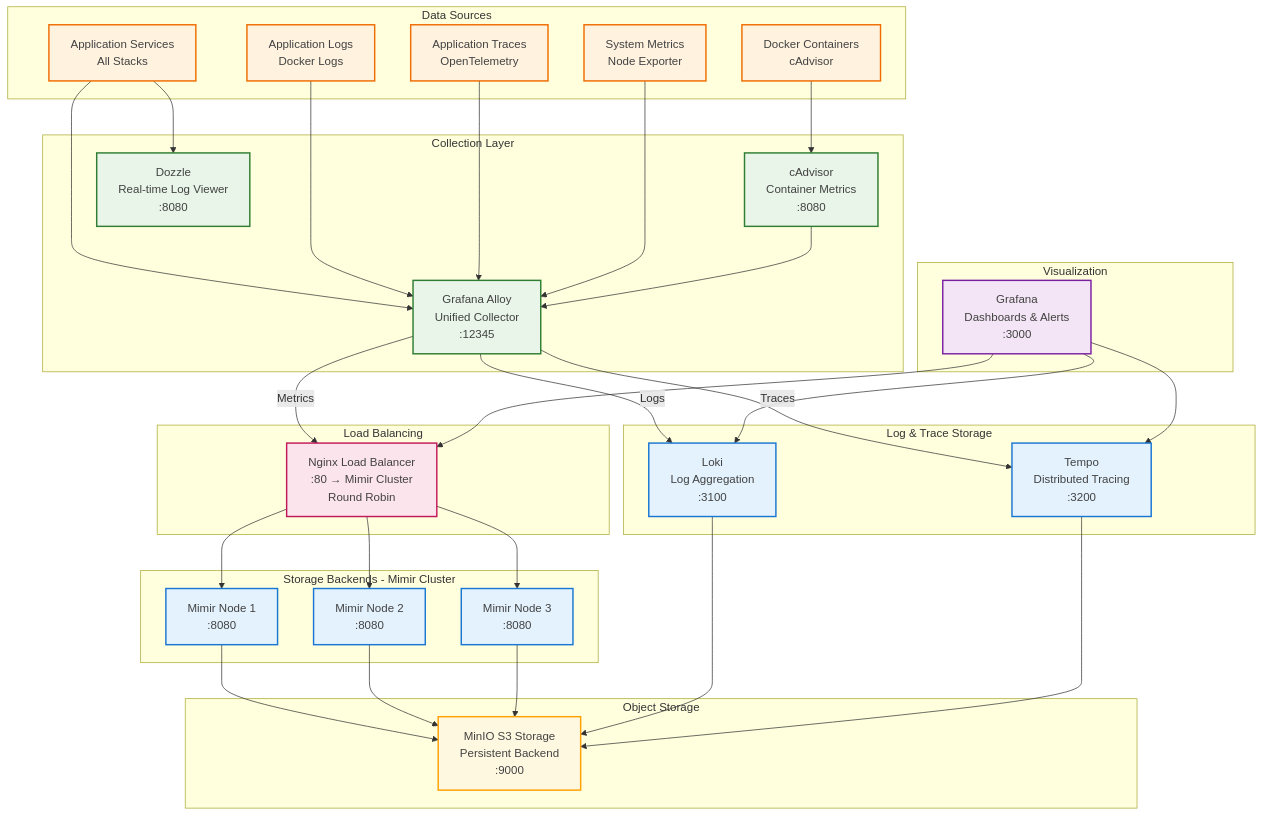
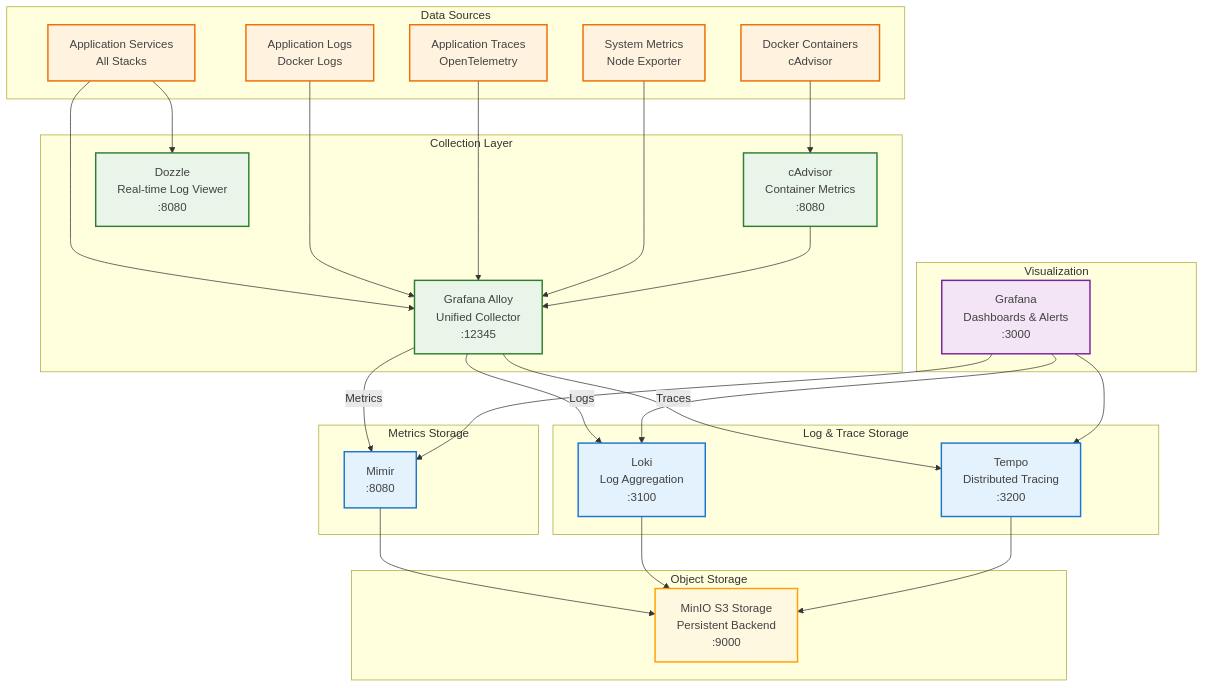
The diagram in docs/stacks/monitoring.md (mkm29/registry), drawn with Mermaid before and after one commit. The commit also changed other lines of this file and 98 other files, not shown here.

````diff
--- a/docs/stacks/monitoring.md
+++ b/docs/stacks/monitoring.md
@@ -5,79 +5,65 @@
 ```mermaid
 graph TB
     subgraph "Data Sources"
         Apps[Application Services<br/>All Stacks]
         Containers[Docker Containers<br/>cAdvisor]
         Logs[Application Logs<br/>Docker Logs]
         Traces[Application Traces<br/>OpenTelemetry]
         Metrics[System Metrics<br/>Node Exporter]
     end
 
     subgraph "Collection Layer"
         Alloy[Grafana Alloy<br/>Unified Collector<br/>:12345]
         cAdvisor[cAdvisor<br/>Container Metrics<br/>:8080]
         Dozzle[Dozzle<br/>Real-time Log Viewer<br/>:8080]
     end
 
-    subgraph "Load Balancing"
-        NginxLB[Nginx Load Balancer<br/>:80 → Mimir Cluster<br/>Round Robin]
-    end
-
-    subgraph "Storage Backends - Mimir Cluster"
-        Mimir1[Mimir Node 1<br/>:8080]
-        Mimir2[Mimir Node 2<br/>:8080]
-        Mimir3[Mimir Node 3<br/>:8080]
+    subgraph "Metrics Storage"
+        Mimir1[Mimir<br/>:8080]
     end
 
     subgraph "Log & Trace Storage"
         Loki[Loki<br/>Log Aggregation<br/>:3100]
         Tempo[Tempo<br/>Distributed Tracing<br/>:3200]
     end
 
     subgraph "Visualization"
         Grafana[Grafana<br/>Dashboards & Alerts<br/>:3000]
     end
 
     subgraph "Object Storage"
         MinIO[MinIO S3 Storage<br/>Persistent Backend<br/>:9000]
     end
 
     Apps --> Alloy
     Containers --> cAdvisor
     Logs --> Alloy
     Traces --> Alloy
     Metrics --> Alloy
     Apps --> Dozzle
 
-    Alloy -->|Metrics| NginxLB
+    Alloy -->|Metrics| Mimir1
     Alloy -->|Logs| Loki
     Alloy -->|Traces| Tempo
     cAdvisor --> Alloy
 
-    NginxLB --> Mimir1
-    NginxLB --> Mimir2
-    NginxLB --> Mimir3
-
     Mimir1 --> MinIO
-    Mimir2 --> MinIO
-    Mimir3 --> MinIO
     Loki --> MinIO
     Tempo --> MinIO
 
-    Grafana --> NginxLB
+    Grafana --> Mimir1
     Grafana --> Loki
     Grafana --> Tempo
 
     classDef source fill:#fff3e0,stroke:#ef6c00,stroke-width:2px,color:#424242
     classDef collector fill:#e8f5e8,stroke:#2e7d32,stroke-width:2px,color:#424242
     classDef storage fill:#e3f2fd,stroke:#1976d2,stroke-width:2px,color:#424242
     classDef visualization fill:#f3e5f5,stroke:#7b1fa2,stroke-width:2px,color:#424242
-    classDef loadbalancer fill:#fce4ec,stroke:#c2185b,stroke-width:2px,color:#424242
     classDef backend fill:#fff8e1,stroke:#ffa000,stroke-width:2px,color:#424242
 
     class Apps,Containers,Logs,Traces,Metrics source
     class Alloy,cAdvisor,Dozzle collector
-    class Mimir1,Mimir2,Mimir3,Loki,Tempo storage
+    class Mimir1,Loki,Tempo storage
     class Grafana visualization
-    class NginxLB loadbalancer
     class MinIO backend
 ```
````
